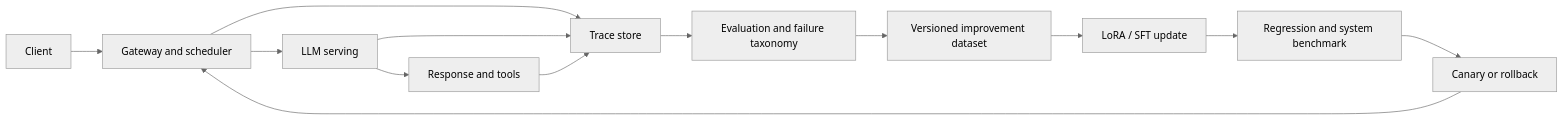
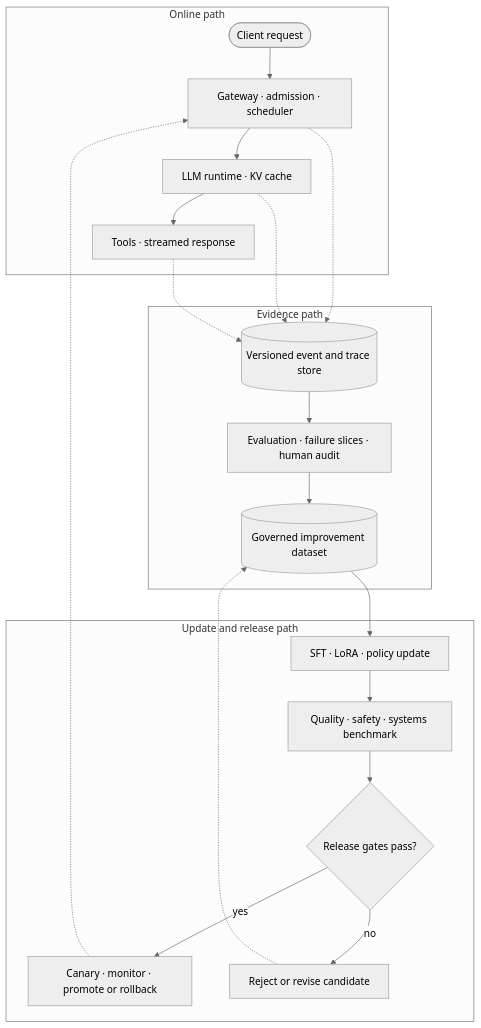
Before and after one commit to tianyi-zhang-02/cooking-agi: the diagram in ai-infra/modules/08-capstone.en.md, drawn with Mermaid (neutral theme). The commit also changed 18 other files, not shown here.

Commit message:
redesign the guide diagrams

````diff
--- a/ai-infra/modules/08-capstone.en.md
+++ b/ai-infra/modules/08-capstone.en.md
@@ -15,15 +15,29 @@
 ```mermaid
-flowchart LR
-    A[Client] --> B[Gateway and scheduler]
-    B --> C[LLM serving]
-    C --> D[Response and tools]
-    B --> E[Trace store]
-    C --> E
-    D --> E
-    E --> F[Evaluation and failure taxonomy]
-    F --> G[Versioned improvement dataset]
-    G --> H[LoRA / SFT update]
-    H --> I[Regression and system benchmark]
-    I --> J[Canary or rollback]
-    J --> B
+flowchart TB
+    subgraph O["Online path"]
+        A(["Client request"]) --> B["Gateway · admission · scheduler"]
+        B --> C["LLM runtime · KV cache"]
+        C --> D["Tools · streamed response"]
+    end
+
+    subgraph V["Evidence path"]
+        E[("Versioned event and trace store")]
+        F["Evaluation · failure slices · human audit"]
+        G[("Governed improvement dataset")]
+        E --> F --> G
+    end
+
+    subgraph U["Update and release path"]
+        H["SFT · LoRA · policy update"] --> I["Quality · safety · systems benchmark"]
+        I --> J{"Release gates pass?"}
+        J -- "yes" --> K["Canary · monitor · promote or rollback"]
+        J -- "no" --> L["Reject or revise candidate"]
+    end
+
+    B -.-> E
+    C -.-> E
+    D -.-> E
+    G --> H
+    K -.-> B
+    L -.-> G
 ```
````
